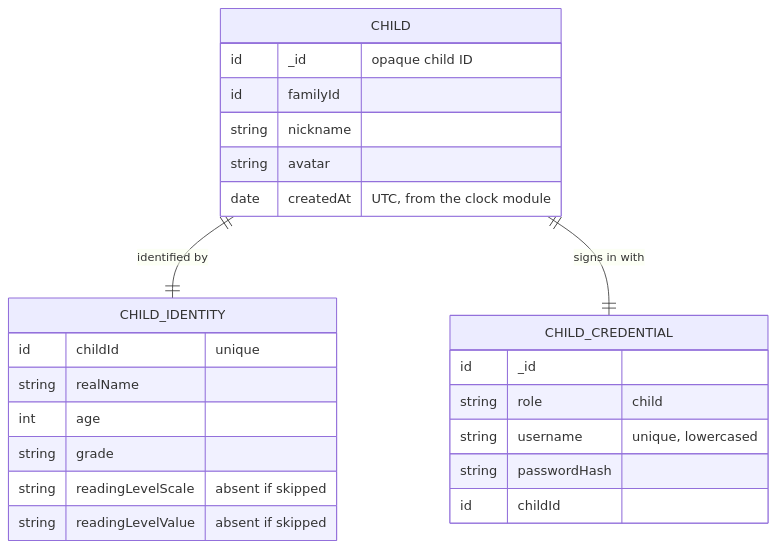
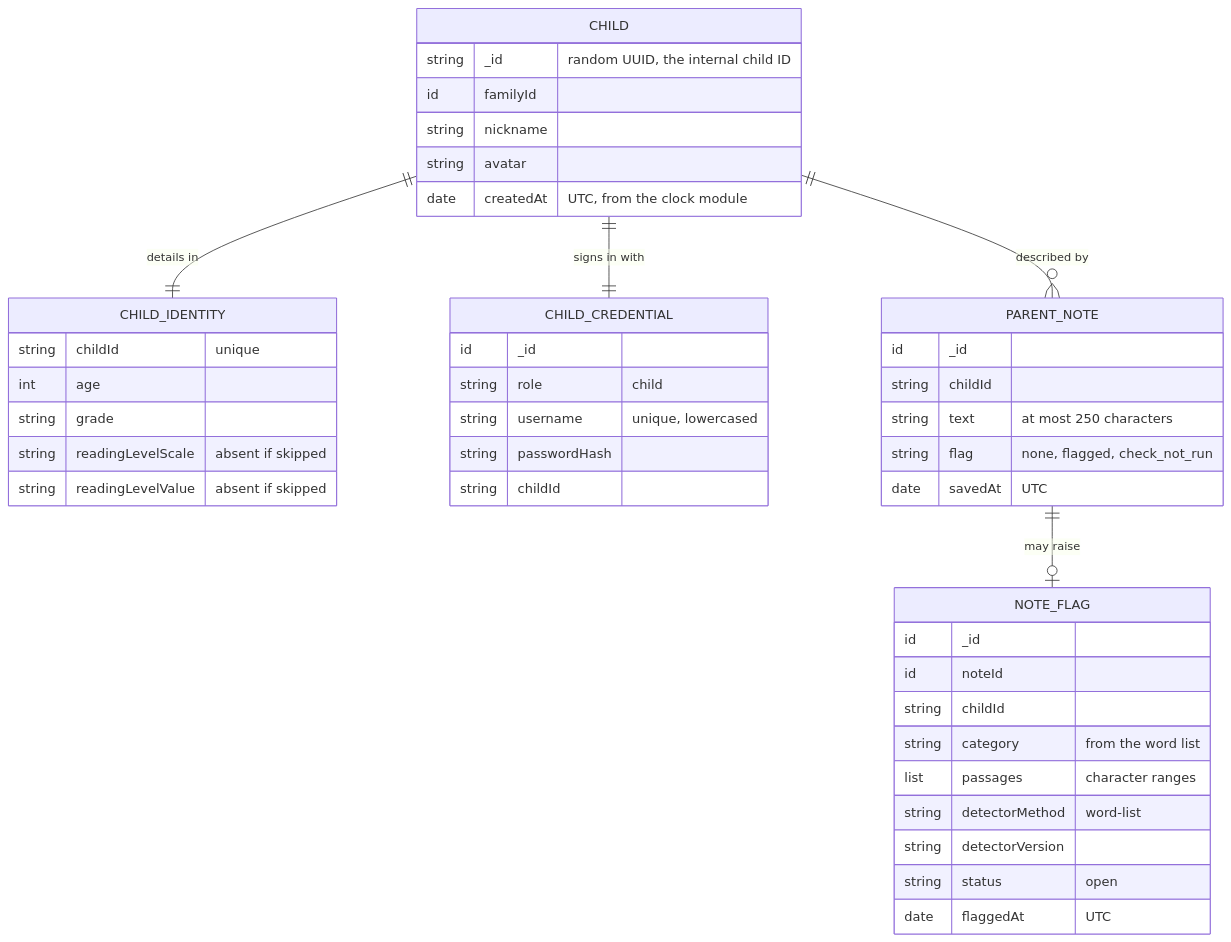
One commit to videogames21/book_buddies changed the third of 3 diagrams in design/par.md. Above: the diagram before and after it, drawn with Mermaid. The commit also changed other lines of this file and 6 other files, not shown here.

````diff
--- a/design/par.md
+++ b/design/par.md
@@ -209,27 +283,46 @@
 ```mermaid
 erDiagram
-    CHILD ||--|| CHILD_IDENTITY : "identified by"
+    CHILD ||--|| CHILD_IDENTITY : "details in"
     CHILD ||--|| CHILD_CREDENTIAL : "signs in with"
+    CHILD ||--o{ PARENT_NOTE : "described by"
+    PARENT_NOTE ||--o| NOTE_FLAG : "may raise"
     CHILD {
-        id _id "opaque child ID"
+        string _id "random UUID, the internal child ID"
         id familyId
         string nickname
         string avatar
         date createdAt "UTC, from the clock module"
     }
     CHILD_IDENTITY {
-        id childId "unique"
-        string realName
+        string childId "unique"
         int age
         string grade
         string readingLevelScale "absent if skipped"
         string readingLevelValue "absent if skipped"
     }
     CHILD_CREDENTIAL {
         id _id
         string role "child"
         string username "unique, lowercased"
         string passwordHash
-        id childId
+        string childId
+    }
+    PARENT_NOTE {
+        id _id
+        string childId
+        string text "at most 250 characters"
+        string flag "none, flagged, check_not_run"
+        date savedAt "UTC"
+    }
+    NOTE_FLAG {
+        id _id
+        id noteId
+        string childId
+        string category "from the word list"
+        list passages "character ranges"
+        string detectorMethod "word-list"
+        string detectorVersion
+        string status "open"
+        date flaggedAt "UTC"
     }
 ```
````
